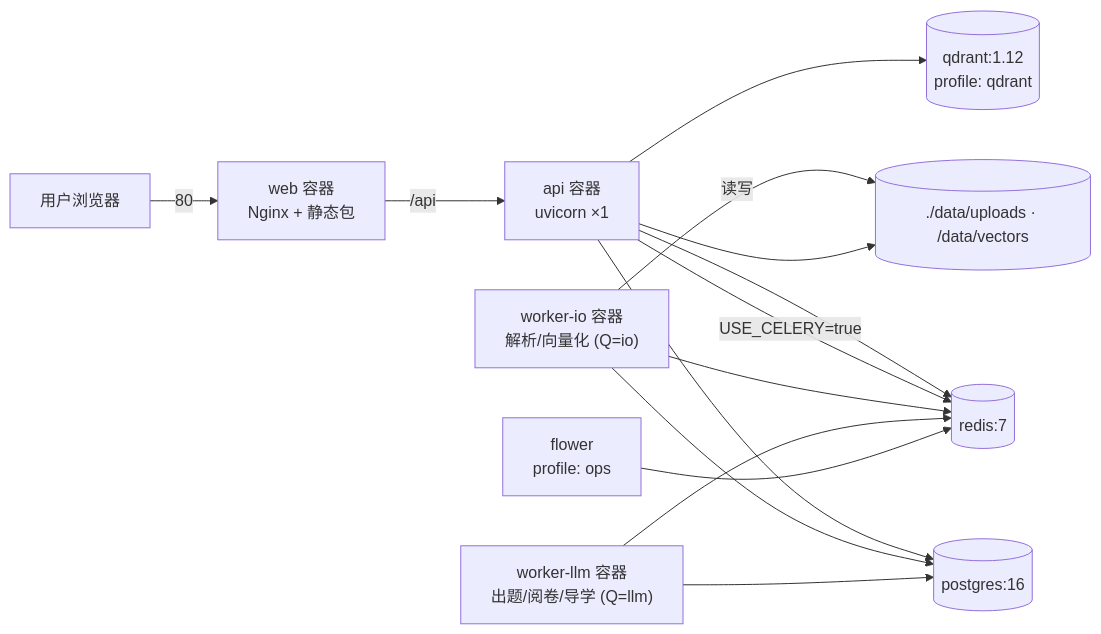
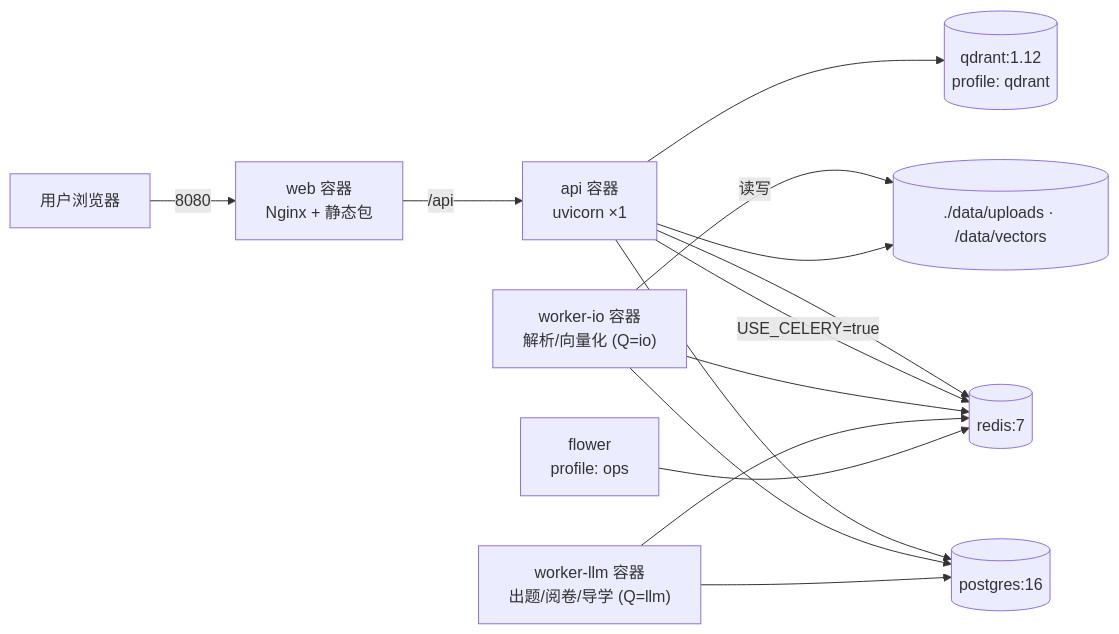
The second of 7 diagrams in docs/architecture/README.md (crossaspeed/my-agent), drawn with Mermaid before and after one commit. The commit also changed 3 other files, not shown here.

````diff
--- a/docs/architecture/README.md
+++ b/docs/architecture/README.md
@@ -58,16 +58,16 @@
 ```mermaid
 flowchart LR
-    U["用户浏览器"] -->|80| WEB["web 容器<br/>Nginx + 静态包"]
+    U["用户浏览器"] -->|8080| WEB["web 容器<br/>Nginx + 静态包"]
     WEB -->|/api| API["api 容器<br/>uvicorn ×1"]
     API --> PG[("postgres:16")]
     API --> RE[("redis:7")]
     API --> QD[("qdrant:1.12<br/>profile: qdrant")]
     API -->|USE_CELERY=true| RE
     W1["worker-io 容器<br/>解析/向量化 (Q=io)"] --> RE
     W2["worker-llm 容器<br/>出题/阅卷/导学 (Q=llm)"] --> RE
     W1 --> PG
     W2 --> PG
     W1 -->|读写| VOL[("./data/uploads · /data/vectors")]
     API --> VOL
     FL["flower<br/>profile: ops"] --> RE
 ```
````
